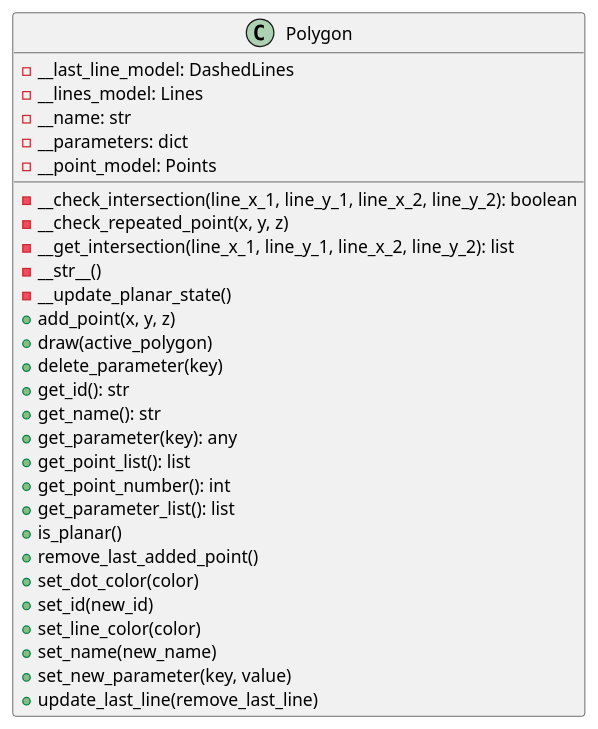
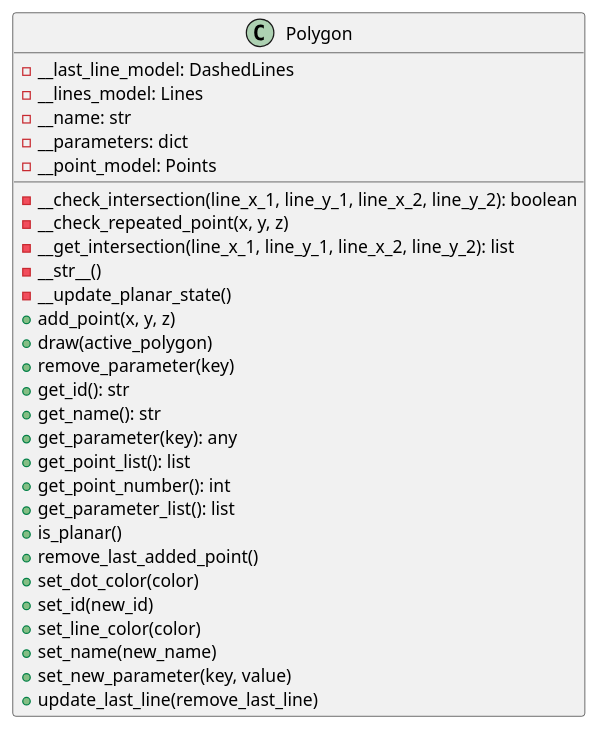
Before and after one commit to ferpoble2/Relief_Creator: the diagram in docs/classes/Polygon.puml, drawn with PlantUML. The commit also changed 4 other files, not shown here.

```diff
--- a/docs/classes/Polygon.puml
+++ b/docs/classes/Polygon.puml
@@ -1,34 +1,34 @@
 @startuml
                 class Polygon {
                     - __last_line_model: DashedLines
                     - __lines_model: Lines
                     - __name: str
                     - __parameters: dict
                     - __point_model: Points
 
 
                     - __check_intersection(line_x_1, line_y_1, line_x_2, line_y_2): boolean
                     - __check_repeated_point(x, y, z)
                     - __get_intersection(line_x_1, line_y_1, line_x_2, line_y_2): list
                     - __str__()
                     - __update_planar_state()
                     + add_point(x, y, z)
                     + draw(active_polygon)
-                    + delete_parameter(key)
+                    + remove_parameter(key)
                     + get_id(): str
                     + get_name(): str
                     + get_parameter(key): any
                     + get_point_list(): list
                     + get_point_number(): int
                     + get_parameter_list(): list
                     + is_planar()
                     + remove_last_added_point()
                     + set_dot_color(color)
                     + set_id(new_id)
                     + set_line_color(color)
                     + set_name(new_name)
                     + set_new_parameter(key, value)
                     + update_last_line(remove_last_line)
                 }
 
 @enduml
```
